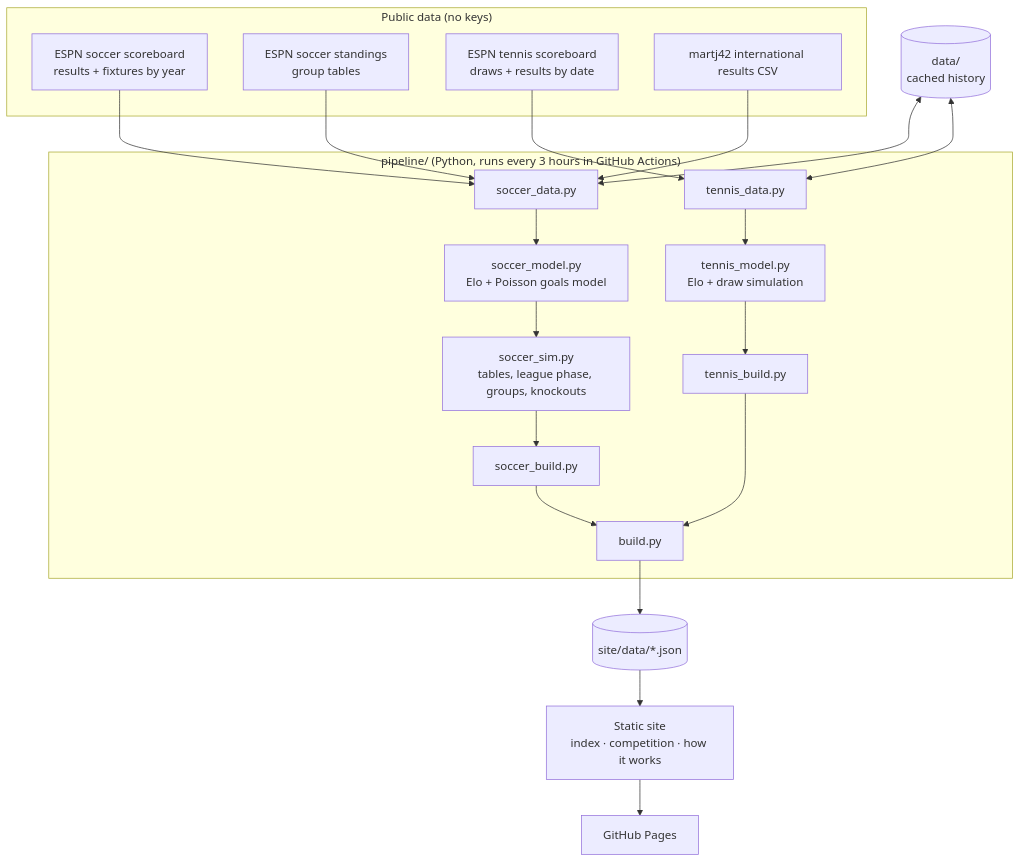
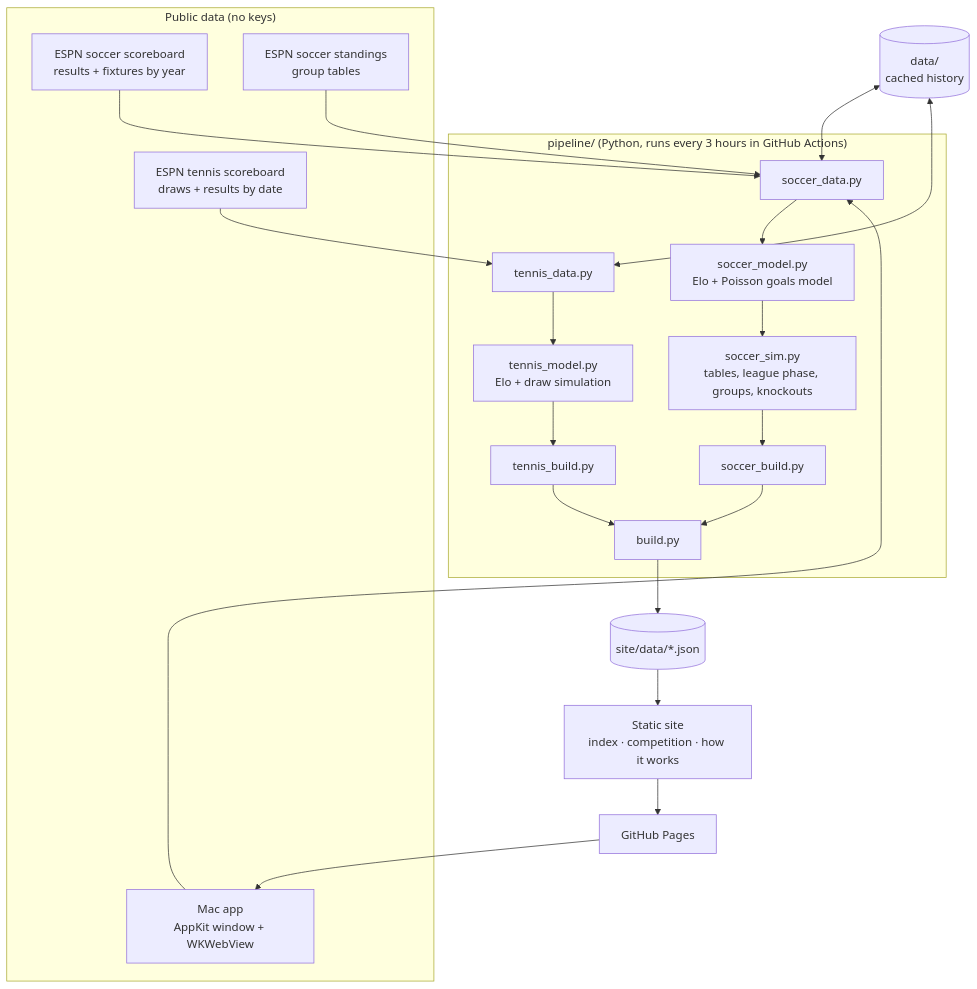
The diagram in docs/SYSTEM-DESIGN.md (amalmehta/SportsPred), drawn with Mermaid before and after one commit. The commit also changed other lines of this file and 11 other files, not shown here.

First line of the commit message:
Add the SportsPred Mac app

````diff
--- a/docs/SYSTEM-DESIGN.md
+++ b/docs/SYSTEM-DESIGN.md
@@ -7,27 +7,28 @@
 ```mermaid
 flowchart TD
   subgraph Sources["Public data (no keys)"]
     E1[ESPN soccer scoreboard<br/>results + fixtures by year]
     E2[ESPN soccer standings<br/>group tables]
     E3[ESPN tennis scoreboard<br/>draws + results by date]
     M[martj42 international results CSV]
   end
   subgraph Pipeline["pipeline/ (Python, runs every 3 hours in GitHub Actions)"]
     D1[soccer_data.py] --> S1[soccer_model.py<br/>Elo + Poisson goals model]
     D2[tennis_data.py] --> T1[tennis_model.py<br/>Elo + draw simulation]
     S1 --> S2[soccer_sim.py<br/>tables, league phase, groups, knockouts]
     S2 --> B1[soccer_build.py]
     T1 --> B2[tennis_build.py]
     B1 --> B[build.py]
     B2 --> B
   end
   Cache[(data/<br/>cached history)] <--> D1
   Cache <--> D2
   E1 --> D1
   E2 --> D1
   M --> D1
   E3 --> D2
   B --> J[(site/data/*.json)]
   J --> W[Static site<br/>index · competition · how it works]
   W --> P[GitHub Pages]
+  P --> M[Mac app<br/>AppKit window + WKWebView]
 ```
````
